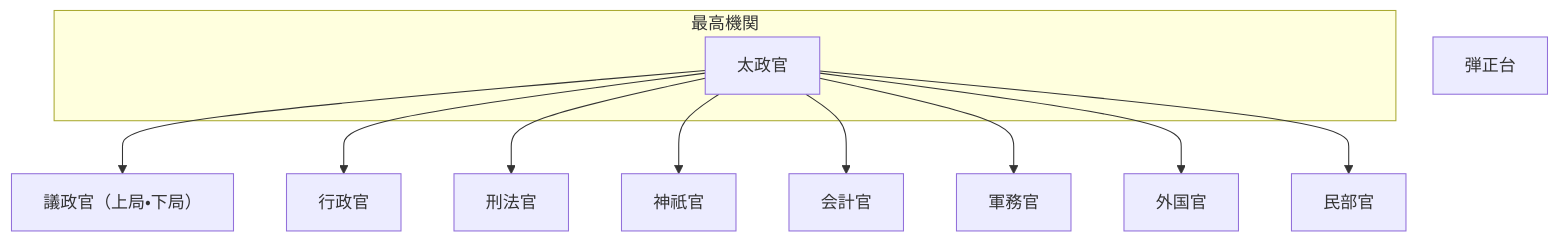
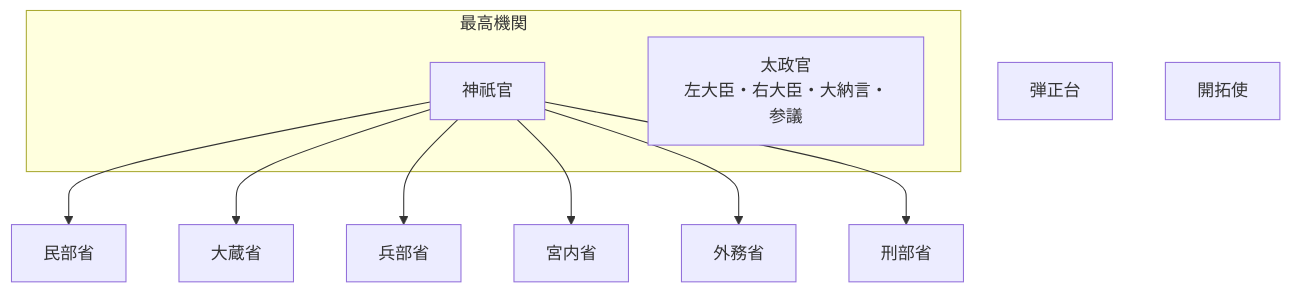
Before and after one commit to tatemaru/jp-admin-org-chart: the diagram in README.md, drawn with Mermaid. The commit also changed other lines of this file, not shown here.

Commit message:
feat(太政官): 職員令により2官6省・開拓使とする
根拠: 職員令
施行: 1869-08-15（明治2年7月8日）
出典: JACAR transition1 / history1

種別: 再編
備考: Git日付制約のため AuthorDate/CommitDate は 1970-01-02

````diff
--- a/README.md
+++ b/README.md
@@ -9,23 +9,22 @@
 ```mermaid
 flowchart TB
   subgraph top["最高機関"]
-    Dajokan["太政官"]
+    JingiKan["神祇官"]
+    Dajokan["太政官
+左大臣・右大臣・大納言・参議"]
   end
-  Gisei["議政官（上局・下局）"]
-  Dajokan --> Gisei
-  Gyosei["行政官"]
-  Dajokan --> Gyosei
-  KeihoKan["刑法官"]
-  Dajokan --> KeihoKan
-  JingiKan["神祇官"]
-  Dajokan --> JingiKan
-  KaikeiKan["会計官"]
-  Dajokan --> KaikeiKan
-  GunmuKan["軍務官"]
-  Dajokan --> GunmuKan
-  GaikokuKan["外国官"]
-  Dajokan --> GaikokuKan
-  MinbuKan["民部官"]
-  Dajokan --> MinbuKan
+  Minbu["民部省"]
+  JingiKan --> Minbu
+  Okura["大蔵省"]
+  JingiKan --> Okura
+  Hyobu["兵部省"]
+  JingiKan --> Hyobu
+  Kunai["宮内省"]
+  JingiKan --> Kunai
+  Gaimu["外務省"]
+  JingiKan --> Gaimu
+  Keibu["刑部省"]
+  JingiKan --> Keibu
   Danjo["弾正台"]
+  Kaitaku["開拓使"]
 ```
````
